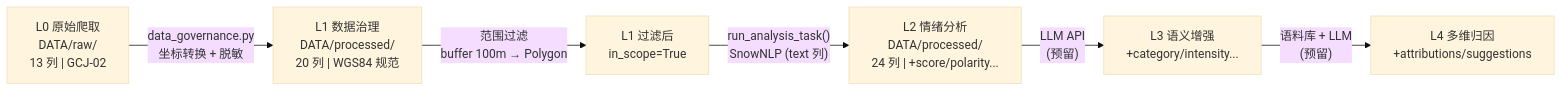
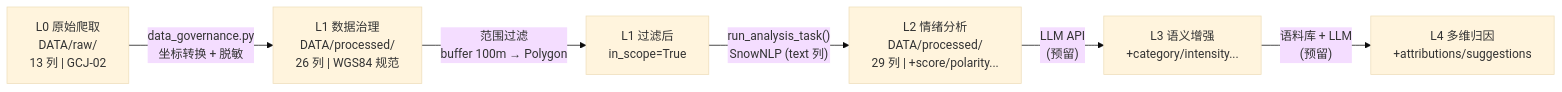
The second of 3 diagrams in docs/architecture.md (tinsei0321/emotion_map), drawn with Mermaid (base theme) before and after one commit. The commit also changed 4 other files, not shown here.

````diff
--- a/docs/architecture.md
+++ b/docs/architecture.md
@@ -225,8 +225,8 @@
 ```mermaid
 flowchart LR
-    L0["L0 原始爬取<br/>DATA/raw/<br/>13 列 | GCJ-02"] -->|"data_governance.py<br/>坐标转换 + 脱敏"| L1["L1 数据治理<br/>DATA/processed/<br/>20 列 | WGS84 规范"]
+    L0["L0 原始爬取<br/>DATA/raw/<br/>13 列 | GCJ-02"] -->|"data_governance.py<br/>坐标转换 + 脱敏"| L1["L1 数据治理<br/>DATA/processed/<br/>26 列 | WGS84 规范"]
     L1 -->|"范围过滤<br/>buffer 100m → Polygon"| L1F["L1 过滤后<br/>in_scope=True"]
-    L1F -->|"run_analysis_task()<br/>SnowNLP (text 列)"| L2["L2 情绪分析<br/>DATA/processed/<br/>24 列 | +score/polarity..."]
+    L1F -->|"run_analysis_task()<br/>SnowNLP (text 列)"| L2["L2 情绪分析<br/>DATA/processed/<br/>29 列 | +score/polarity..."]
     L2 -->|"LLM API<br/>(预留)"| L3["L3 语义增强<br/>+category/intensity..."]
     L3 -->|"语料库 + LLM<br/>(预留)"| L4["L4 多维归因<br/>+attributions/suggestions"]
 ```
````
